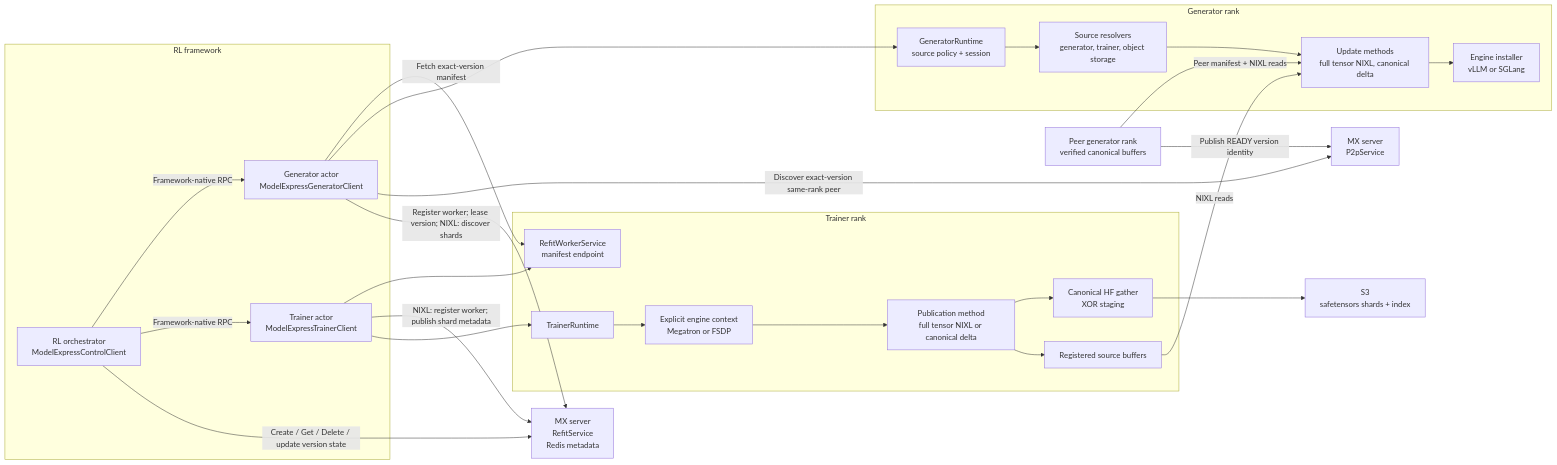
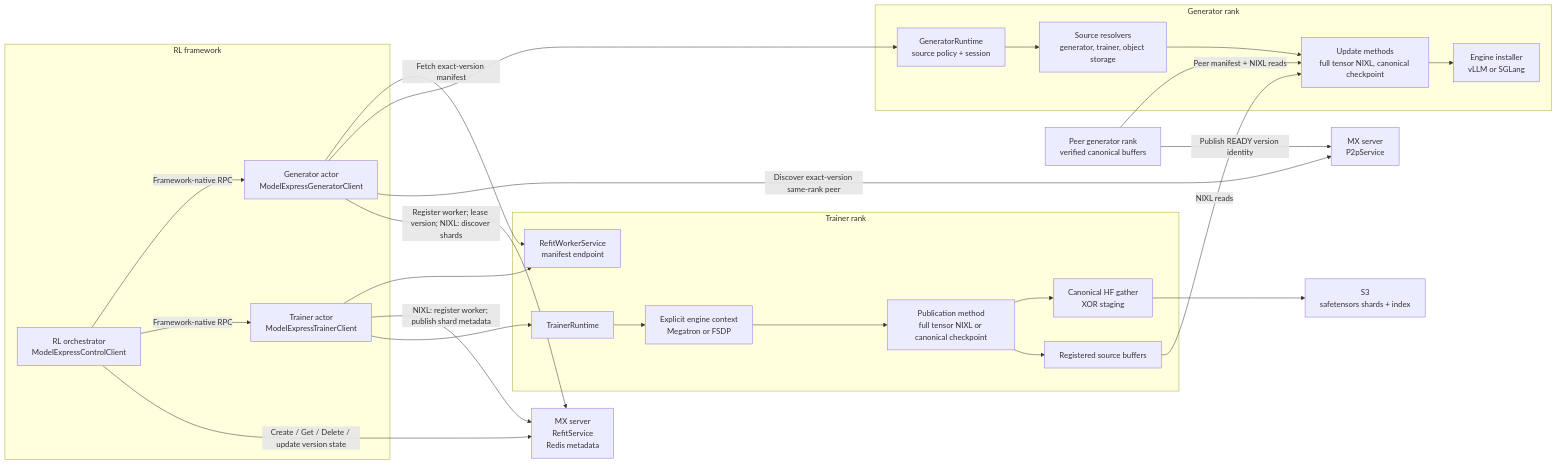
The second of 3 diagrams in docs/ARCHITECTURE.md (ai-dynamo/modelexpress), drawn with Mermaid before and after one commit. The commit also changed other lines of this file and 23 other files, not shown here.

Commit message:
feat(refit): add support for full checkpoint cadence (#705)

````diff
--- a/docs/ARCHITECTURE.md
+++ b/docs/ARCHITECTURE.md
@@ -420,47 +430,47 @@
 ```mermaid
 flowchart LR
     subgraph Framework["RL framework"]
         O["RL orchestrator<br/>ModelExpressControlClient"]
         T["Trainer actor<br/>ModelExpressTrainerClient"]
         G["Generator actor<br/>ModelExpressGeneratorClient"]
     end
 
     S["MX server<br/>RefitService<br/>Redis metadata"]
     P["MX server<br/>P2pService"]
 
     subgraph Trainer["Trainer rank"]
         TR["TrainerRuntime"]
         TA["Explicit engine context<br/>Megatron or FSDP"]
-        PM["Publication method<br/>full tensor NIXL or canonical delta"]
+        PM["Publication method<br/>full tensor NIXL or canonical checkpoint"]
         B["Registered source buffers"]
         M["RefitWorkerService<br/>manifest endpoint"]
         C["Canonical HF gather<br/>XOR staging"]
     end
 
     D["S3<br/>safetensors shards + index"]
 
     subgraph Generator["Generator rank"]
         GR["GeneratorRuntime<br/>source policy + session"]
         SR["Source resolvers<br/>generator, trainer, object storage"]
-        UM["Update methods<br/>full tensor NIXL, canonical delta"]
+        UM["Update methods<br/>full tensor NIXL, canonical checkpoint"]
         I["Engine installer<br/>vLLM or SGLang"]
     end
 
     PG["Peer generator rank<br/>verified canonical buffers"]
 
     O -->|"Create / Get / Delete / update version state"| S
     O -->|"Framework-native RPC"| T
     O -->|"Framework-native RPC"| G
     T --> TR --> TA --> PM
     PM --> B
     PM --> C --> D
     T -->|"NIXL: register worker; publish shard metadata"| S
     T --> M
     G -->|"Register worker; lease version; NIXL: discover shards"| S
     G -->|"Discover exact-version same-rank peer"| P
     G --> GR --> SR --> UM --> I
     G -->|"Fetch exact-version manifest"| M
     B -->|"NIXL reads"| UM
     PG -->|"Publish READY version identity"| P
     PG -->|"Peer manifest + NIXL reads"| UM
 ```
````
